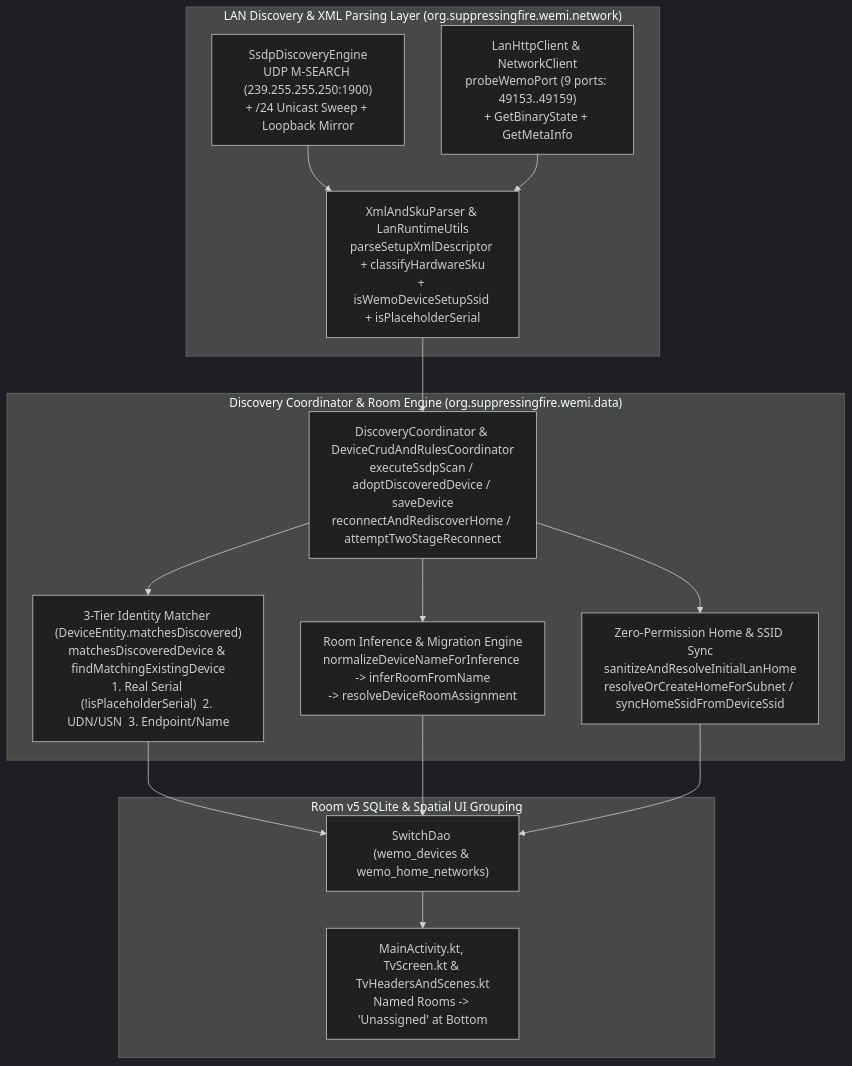
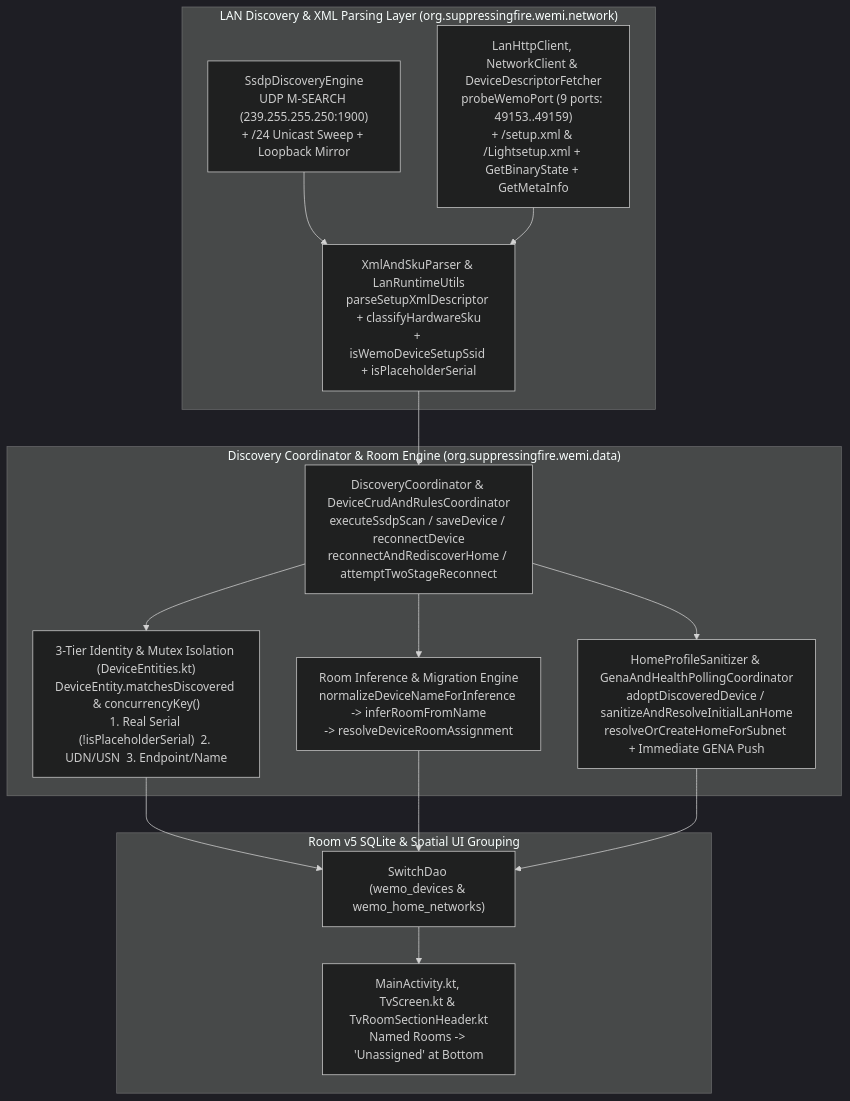
One commit to MichaelRHead/WeMi-light-control changed the diagram in DISCOVERY_AND_ROOM_GROUPING.md. Above: the diagram before and after it, drawn with Mermaid (dark theme). The commit also changed other lines of this file and 9 other files, not shown here.

First line of the commit message:
fix(discovery): isolate Stage B placeholder serials, wire /24 unicast fallback & sync v27.0 docs [Discovery & Room Grouping Agent]

````diff
--- a/DISCOVERY_AND_ROOM_GROUPING.md
+++ b/DISCOVERY_AND_ROOM_GROUPING.md
@@ -39,31 +39,31 @@
 ```mermaid
 flowchart TD
     subgraph Network["LAN Discovery & XML Parsing Layer (org.suppressingfire.wemi.network)"]
         SSDP["SsdpDiscoveryEngine\nUDP M-SEARCH (239.255.255.250:1900)\n+ /24 Unicast Sweep + Loopback Mirror"]
         XML["XmlAndSkuParser & LanRuntimeUtils\nparseSetupXmlDescriptor + classifyHardwareSku\n+ isWemoDeviceSetupSsid + isPlaceholderSerial"]
-        PORT["LanHttpClient & NetworkClient\nprobeWemoPort (9 ports: 49153..49159)\n+ GetBinaryState + GetMetaInfo"]
+        PORT["LanHttpClient, NetworkClient & DeviceDescriptorFetcher\nprobeWemoPort (9 ports: 49153..49159)\n+ /setup.xml & /Lightsetup.xml + GetBinaryState + GetMetaInfo"]
     end
 
     subgraph Coordinator["Discovery Coordinator & Room Engine (org.suppressingfire.wemi.data)"]
-        COORD["DiscoveryCoordinator & DeviceCrudAndRulesCoordinator\nexecuteSsdpScan / adoptDiscoveredDevice / saveDevice\nreconnectAndRediscoverHome / attemptTwoStageReconnect"]
-        MATCH["3-Tier Identity Matcher (DeviceEntity.matchesDiscovered)\nmatchesDiscoveredDevice & findMatchingExistingDevice\n1. Real Serial (!isPlaceholderSerial)  2. UDN/USN  3. Endpoint/Name"]
+        COORD["DiscoveryCoordinator & DeviceCrudAndRulesCoordinator\nexecuteSsdpScan / saveDevice / reconnectDevice\nreconnectAndRediscoverHome / attemptTwoStageReconnect"]
+        MATCH["3-Tier Identity & Mutex Isolation (DeviceEntities.kt)\nDeviceEntity.matchesDiscovered & concurrencyKey()\n1. Real Serial (!isPlaceholderSerial)  2. UDN/USN  3. Endpoint/Name"]
         ROOM["Room Inference & Migration Engine\nnormalizeDeviceNameForInference -> inferRoomFromName\n-> resolveDeviceRoomAssignment"]
-        HOME["Zero-Permission Home & SSID Sync\nsanitizeAndResolveInitialLanHome\nresolveOrCreateHomeForSubnet / syncHomeSsidFromDeviceSsid"]
+        HOME["HomeProfileSanitizer & GenaAndHealthPollingCoordinator\nadoptDiscoveredDevice / sanitizeAndResolveInitialLanHome\nresolveOrCreateHomeForSubnet + Immediate GENA Push"]
     end
 
     subgraph StorageUI["Room v5 SQLite & Spatial UI Grouping"]
         DB["SwitchDao (wemo_devices & wemo_home_networks)"]
-        SORT["MainActivity.kt, TvScreen.kt & TvHeadersAndScenes.kt\nNamed Rooms -> 'Unassigned' at Bottom"]
+        SORT["MainActivity.kt, TvScreen.kt & TvRoomSectionHeader.kt\nNamed Rooms -> 'Unassigned' at Bottom"]
     end
 
     SSDP --> XML
     PORT --> XML
     XML --> COORD
     COORD --> MATCH
     COORD --> ROOM
     COORD --> HOME
     MATCH --> DB
     ROOM --> DB
     HOME --> DB
     DB --> SORT
 ```
````
